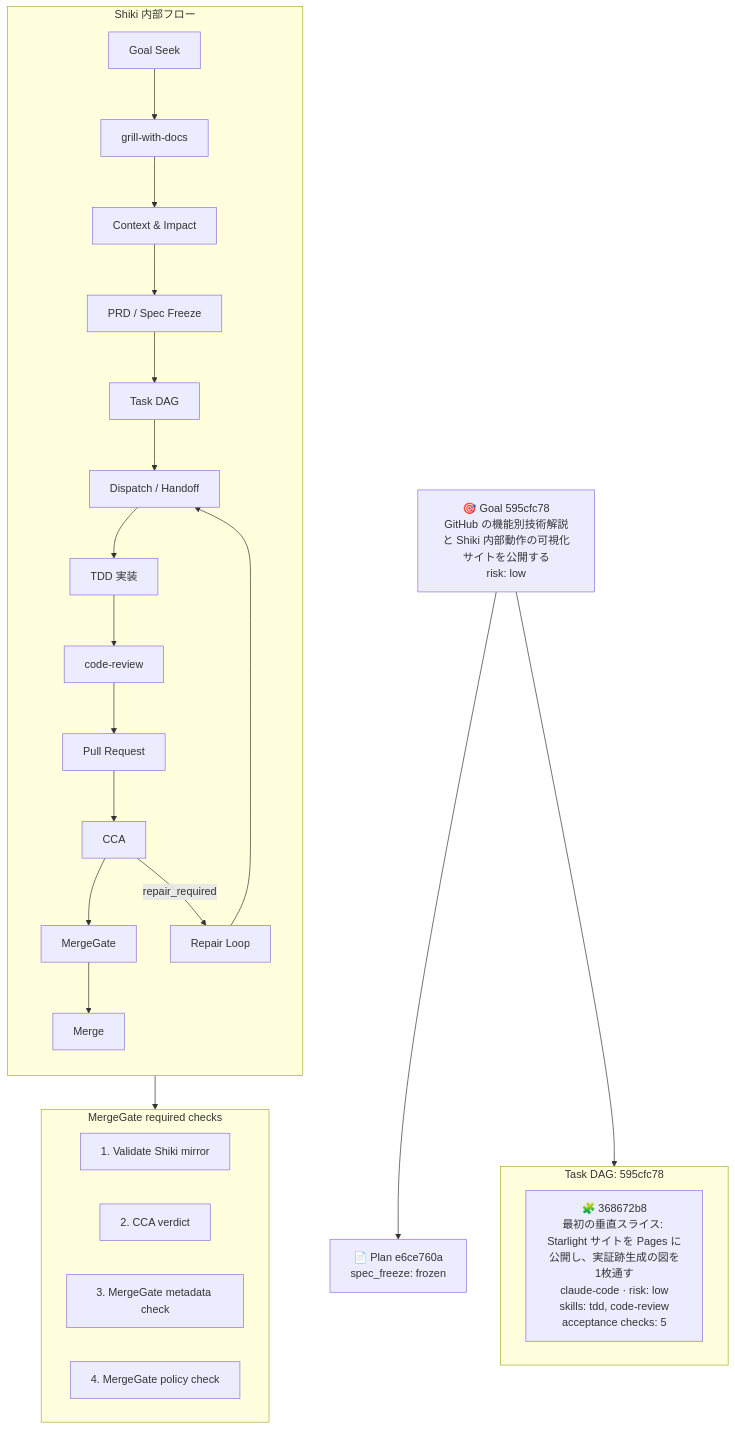
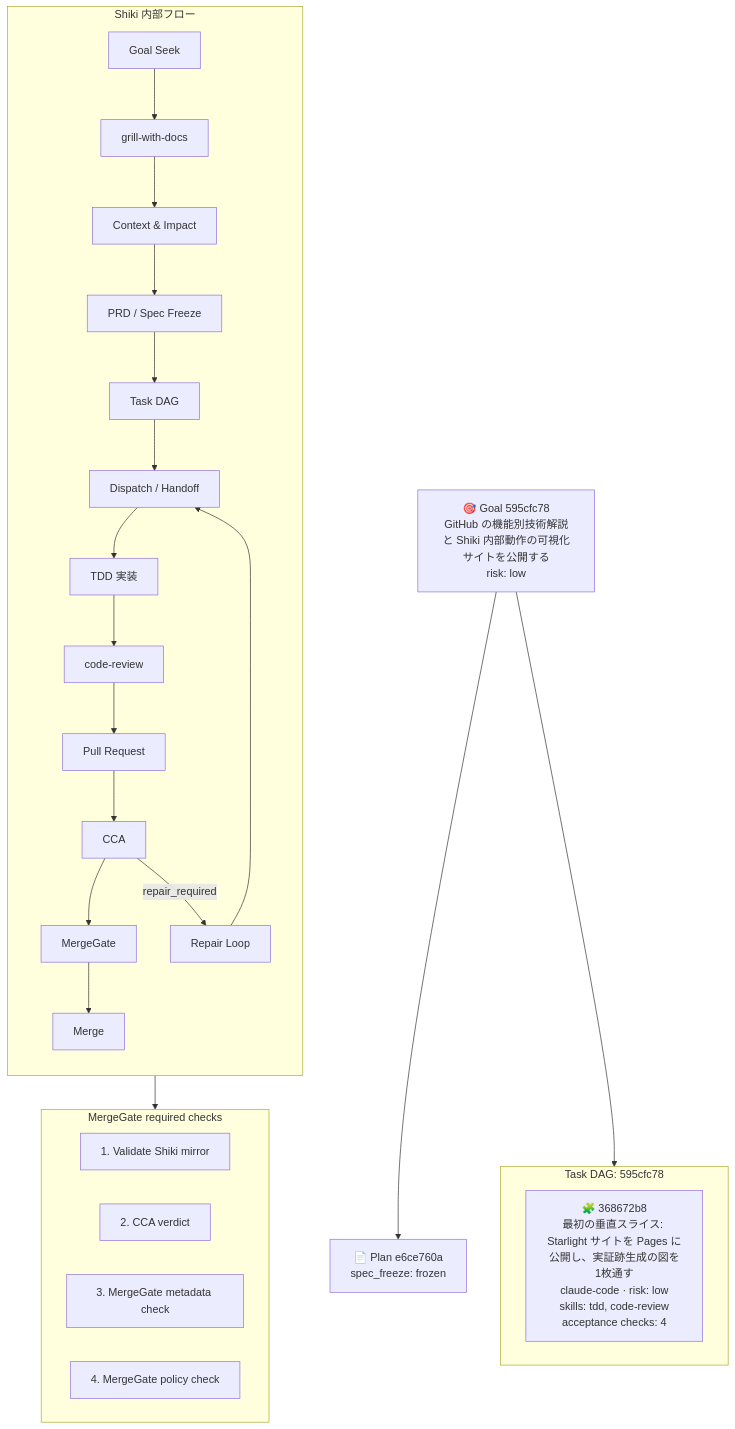
The diagram in src/generated/shiki-flow.mmd (mizutani-140/shiki-atlas), drawn with Mermaid before and after one commit.

Commit message:
chore: 受入基準の変更に合わせて生成図を再生成
Task: T-20260820T085729054418Z-368672b8
Goal: G-20260820T085729053581Z-595cfc78

task の acceptance_checks を 5 件から 4 件に減らした（マージ後にしか成立しない
Pages/HTTP 200 条件を Goal 側へ移した）ため、図に埋め込まれた
"acceptance checks: 5" が実態とずれた。

CI のドリフトゲート（npm run gen:diagram + git diff --exit-code）が
これを正しく検出して Build site を落とした。計画成果物を変えたのに図を
再生成していない状態を捕まえるのがこのゲートの目的であり、想定通りの挙動。

```diff
--- a/src/generated/shiki-flow.mmd
+++ b/src/generated/shiki-flow.mmd
@@ -1,42 +1,42 @@
 flowchart TD
   %% Auto-generated from .shiki/ by tools/generate-shiki-diagram.ts — do not edit by hand.
   %% Goals (.shiki/goals)
   G_G_20260820T085729053581Z_595cfc78["🎯 Goal 595cfc78<br/>GitHub の機能別技術解説と Shiki 内部動作の可視化サイトを公開する<br/>risk: low"]
   %% Plans / Spec Freeze (.shiki/plans)
   P_P_20260820T085729052749Z_e6ce760a["📄 Plan e6ce760a<br/>spec_freeze: frozen"]
   %% Task DAG (.shiki/dag + .shiki/tasks)
   subgraph DAG_G_20260820T085729053581Z_595cfc78["Task DAG: 595cfc78"]
-    T_T_20260820T085729054418Z_368672b8["🧩 368672b8<br/>最初の垂直スライス: Starlight サイトを Pages に公開し、実証跡生成の図を1枚通す<br/>claude-code · risk: low<br/>skills: tdd, code-review<br/>acceptance checks: 5"]
+    T_T_20260820T085729054418Z_368672b8["🧩 368672b8<br/>最初の垂直スライス: Starlight サイトを Pages に公開し、実証跡生成の図を1枚通す<br/>claude-code · risk: low<br/>skills: tdd, code-review<br/>acceptance checks: 4"]
   end
   %% Task DAG dependency edges
   %% Planning-artifact wiring
   G_G_20260820T085729053581Z_595cfc78 --> P_P_20260820T085729052749Z_e6ce760a
   G_G_20260820T085729053581Z_595cfc78 --> DAG_G_20260820T085729053581Z_595cfc78
   %% Shiki lifecycle spine (Goal Seek -> ... -> MergeGate -> Repair)
   subgraph LIFE["Shiki 内部フロー"]
     direction TB
     L1["Goal Seek"]
     L2["grill-with-docs"]
     L3["Context & Impact"]
     L4["PRD / Spec Freeze"]
     L5["Task DAG"]
     L6["Dispatch / Handoff"]
     L7["TDD 実装"]
     L8["code-review"]
     L9["Pull Request"]
     L10["CCA"]
     L11["MergeGate"]
     L12["Merge"]
     L13["Repair Loop"]
     L1 --> L2 --> L3 --> L4 --> L5 --> L6 --> L7 --> L8 --> L9 --> L10 --> L11 --> L12
     L10 -->|repair_required| L13
     L13 --> L6
   end
   %% MergeGate required checks (.shiki/config.yaml)
   subgraph CHECKS["MergeGate required checks"]
     CHK_0["1. Validate Shiki mirror"]
     CHK_1["2. CCA verdict"]
     CHK_2["3. MergeGate metadata check"]
     CHK_3["4. MergeGate policy check"]
   end
   L11 --> CHECKS
```
